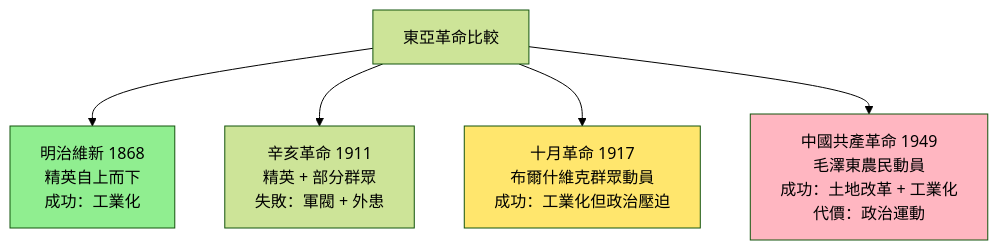
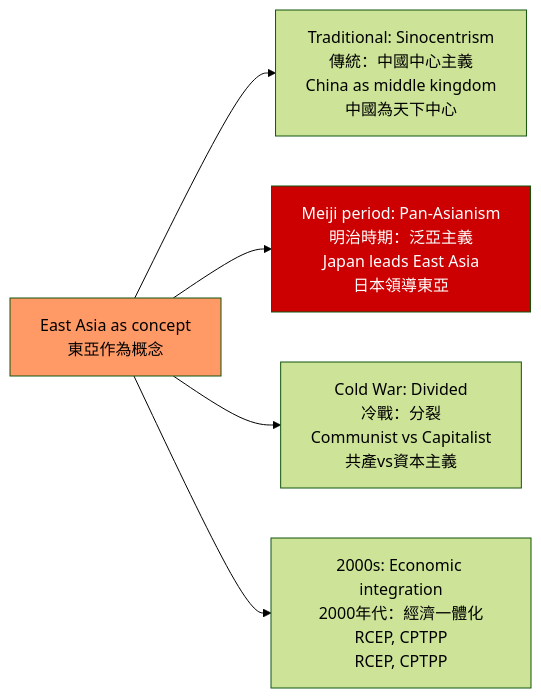
Before and after one commit to yip-lgtm/HKU-Harvard-History-Self-Study: the first of 3 diagrams in 01_HKU_Courses/HIST1023_Modern_East_Asia.md, drawn with Mermaid (forest theme). The commit also changed other lines of this file and 25 other files, not shown here.

````diff
--- a/01_HKU_Courses/HIST1023_Modern_East_Asia.md
+++ b/01_HKU_Courses/HIST1023_Modern_East_Asia.md
@@ -176,10 +57,10 @@
 ```mermaid
-graph TD
-    A["東亞革命比較"] --> B["明治維新 1868<br/>精英自上而下<br/>成功：工業化"]
-    A --> C["辛亥革命 1911<br/>精英 + 部分群眾<br/>失敗：軍閥 + 外患"]
-    A --> D["十月革命 1917<br/>布爾什維克群眾動員<br/>成功：工業化但政治壓迫"]
-    A --> E["中國共產革命 1949<br/>毛澤東農民動員<br/>成功：土地改革 + 工業化<br/>代價：政治運動"]
-    style B fill:#90EE90
-    style D fill:#FFE66D
-    style E fill:#FFB6C1
+graph LR
+    A[East Asia as concept<br/>東亞作為概念] --> B[Traditional: Sinocentrism<br/>傳統：中國中心主義<br/>China as middle kingdom<br/>中國為天下中心]
+    A --> C[Meiji period: Pan-Asianism<br/>明治時期：泛亞主義<br/>Japan leads East Asia<br/>日本領導東亞]
+    A --> D[Cold War: Divided<br/>冷戰：分裂<br/>Communist vs Capitalist<br/>共產vs資本主義]
+    A --> E[2000s: Economic integration<br/>2000年代：經濟一體化<br/>RCEP, CPTPP<br/>RCEP, CPTPP]
+    
+    style A fill:#f96
+    style C fill:#c00,color:#fff
 ```
````
